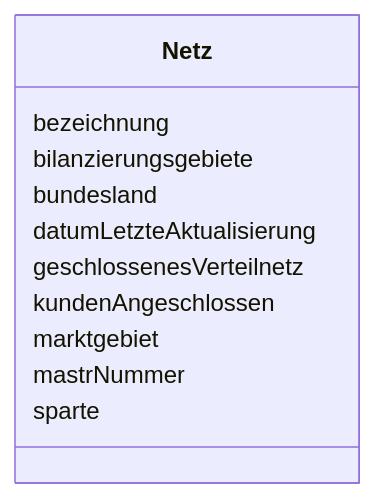
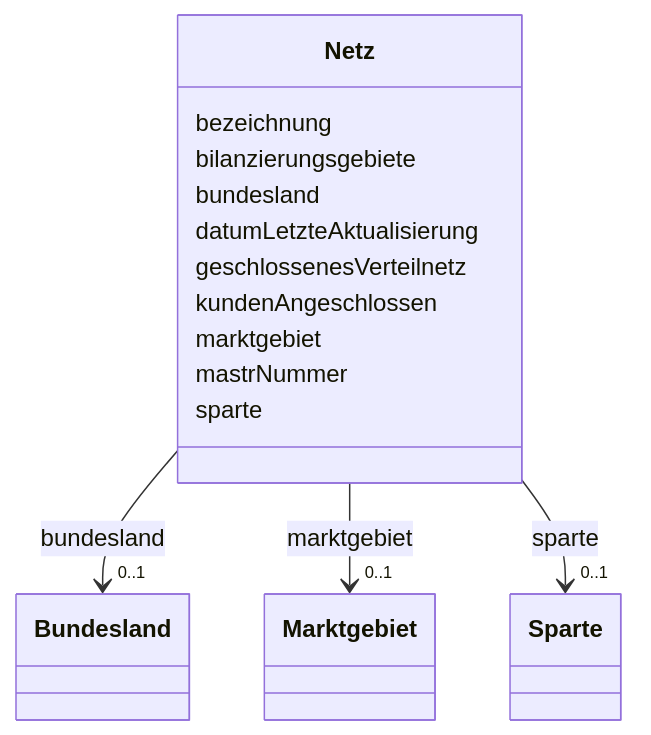
The diagram in docs/schema/classes/Netz.md (FlorianK13/mastr-model), drawn with Mermaid before and after one commit. The commit also changed other lines of this file and 86 other files, not shown here.

````diff
--- a/docs/schema/classes/Netz.md
+++ b/docs/schema/classes/Netz.md
@@ -18,24 +18,51 @@
 ```mermaid
  classDiagram
     class Netz
     click Netz href "../../classes/Netz/"
       Netz : bezeichnung
         
       Netz : bilanzierungsgebiete
         
       Netz : bundesland
         
+          
+    
+        
+        
+        Netz --> "0..1" Bundesland : bundesland
+        click Bundesland href "../../enums/Bundesland/"
+    
+
+        
       Netz : datumLetzteAktualisierung
         
       Netz : geschlossenesVerteilnetz
         
       Netz : kundenAngeschlossen
         
       Netz : marktgebiet
         
+          
+    
+        
+        
+        Netz --> "0..1" Marktgebiet : marktgebiet
+        click Marktgebiet href "../../enums/Marktgebiet/"
+    
+
+        
       Netz : mastrNummer
         
       Netz : sparte
         
+          
+    
+        
+        
+        Netz --> "0..1" Sparte : sparte
+        click Sparte href "../../enums/Sparte/"
+    
+
+        
       
 ```
````
